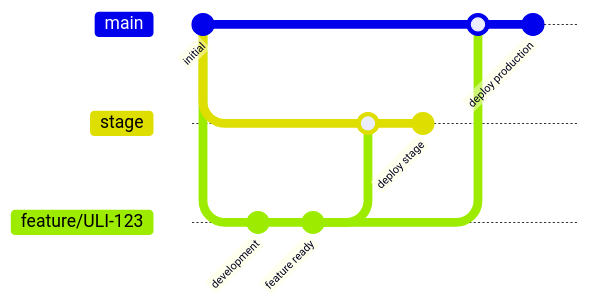
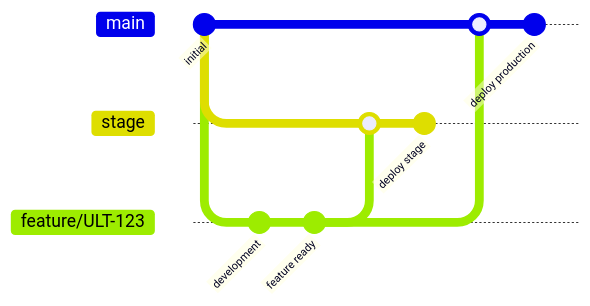
The first of 2 diagrams in profile/ENGINEERING.md (uliving-student/.github), drawn with Mermaid before and after one commit. The commit also changed other lines of this file and 3 other files, not shown here.

````diff
--- a/profile/ENGINEERING.md
+++ b/profile/ENGINEERING.md
@@ -19,19 +18,19 @@
 ```mermaid
 gitGraph
    commit id: "initial"
 
    branch stage
-   branch feature/ULI-123
+   branch feature/ULT-123
 
-   checkout feature/ULI-123
+   checkout feature/ULT-123
    commit id: "development"
    commit id: "feature ready"
 
    checkout stage
-   merge feature/ULI-123
+   merge feature/ULT-123
    commit id: "deploy stage"
 
    checkout main
-   merge feature/ULI-123
+   merge feature/ULT-123
    commit id: "deploy production"
 ```
````
